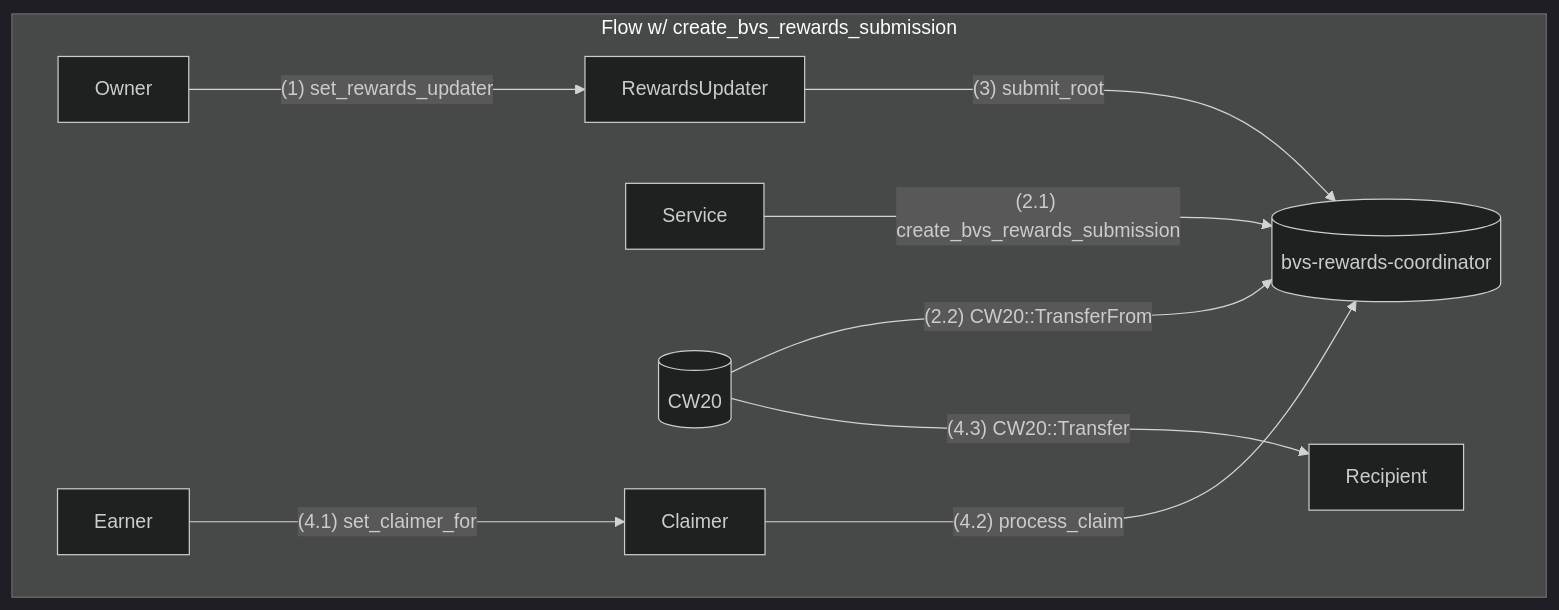
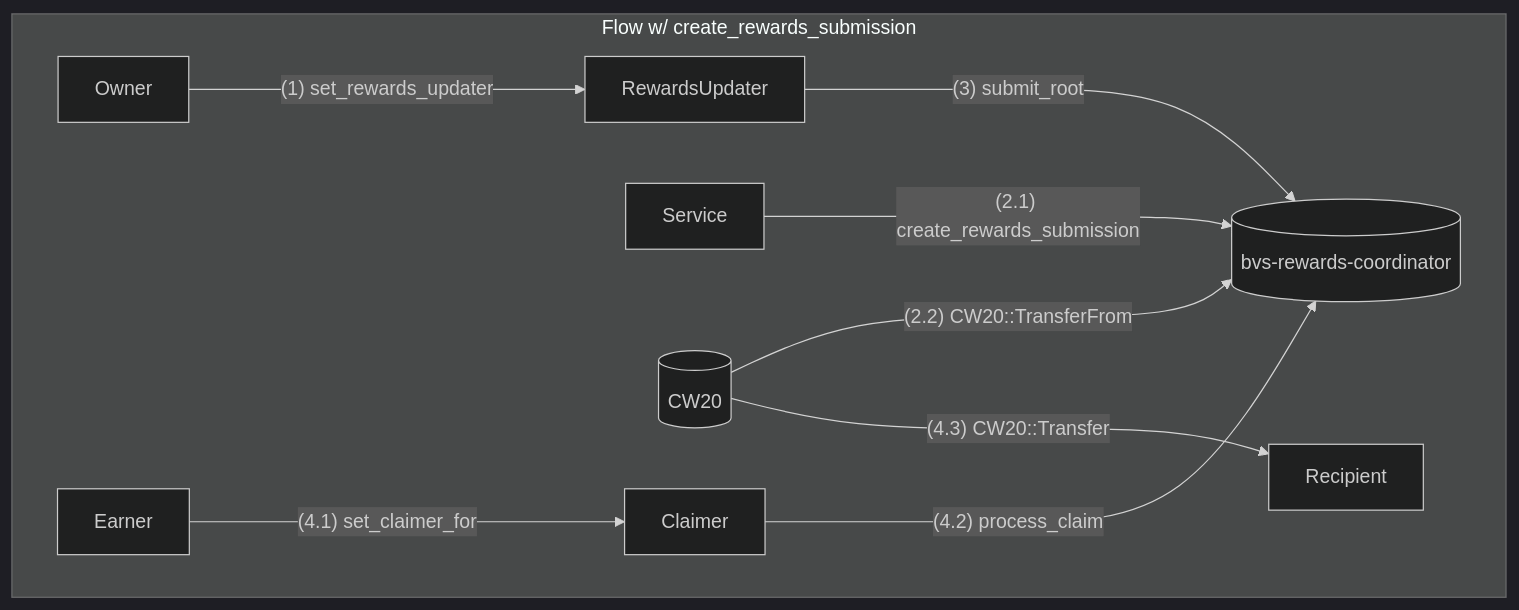
The diagram in crates/bvs-rewards-coordinator/README.md (satlayer/satlayer-bvs), drawn with Mermaid (dark theme) before and after one commit. The commit also changed other lines of this file and 1 other file, not shown here.

````diff
--- a/crates/bvs-rewards-coordinator/README.md
+++ b/crates/bvs-rewards-coordinator/README.md
@@ -27,22 +27,22 @@
 ```mermaid
 flowchart TD
-    subgraph 1["Flow w/ create_bvs_rewards_submission"]
+    subgraph 1["Flow w/ create_rewards_submission"]
     %% Nodes
     1.A[Owner]
     1.B[(bvs-rewards-coordinator)]
     1.C[RewardsUpdater]
     1.D[Earner]
     1.E[Claimer]
     1.F[Service]
     1.G[(CW20)]
     1.H[Recipient]
 
     1.A ---> |"(1) set_rewards_updater"| 1.C
-    1.F ---> |"(2.1) create_bvs_rewards_submission"| 1.B
+    1.F ---> |"(2.1) create_rewards_submission"| 1.B
     1.G ---> |"(2.2) CW20::TransferFrom"| 1.B
     1.C ---> |"(3) submit_root"| 1.B
     1.D ---> |"(4.1) set_claimer_for"| 1.E
     1.E ---> |"(4.2) process_claim"| 1.B
     1.G ---> |"(4.3) CW20::Transfer"|1.H
     end
 ```
````
